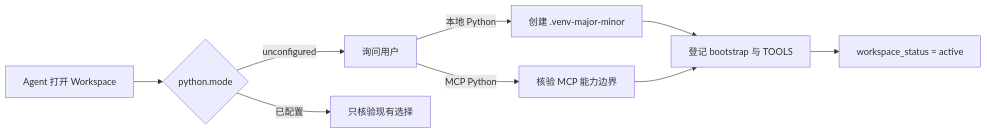
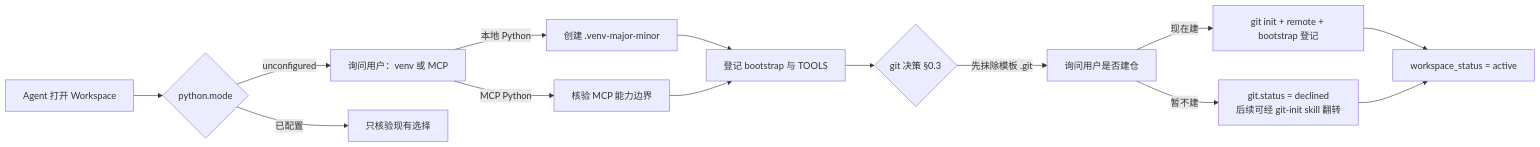
One commit to KinoluKaslana/WorkspaceTemplate changed the diagram in README.md. Above: the diagram before and after it, drawn with Mermaid. The commit also changed other lines of this file and 1 other file, not shown here.

````diff
--- a/README.md
+++ b/README.md
@@ -83,11 +83,16 @@
 ```mermaid
 flowchart LR
     A[Agent 打开 Workspace] --> B{python.mode}
-    B -->|unconfigured| C[询问用户]
+    B -->|unconfigured| C[询问用户：venv 或 MCP]
     C -->|本地 Python| D[创建 .venv-major-minor]
     C -->|MCP Python| E[核验 MCP 能力边界]
     D --> F[登记 bootstrap 与 TOOLS]
     E --> F
-    F --> G[workspace_status = active]
-    B -->|已配置| H[只核验现有选择]
+    F --> G{git 决策 §0.3}
+    G -->|先抹除模板 .git| H[询问用户是否建仓]
+    H -->|现在建| I[git init + remote + bootstrap 登记]
+    H -->|暂不建| J[git.status = declined<br>后续可经 git-init skill 翻转]
+    I --> K[workspace_status = active]
+    J --> K
+    B -->|已配置| L[只核验现有选择]
 ```
````
